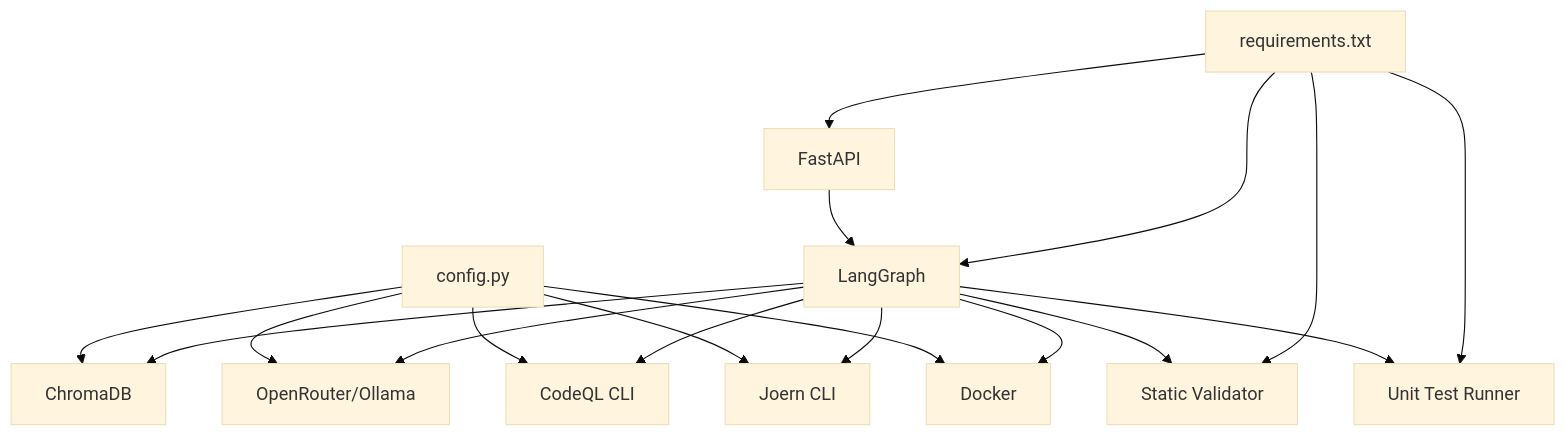
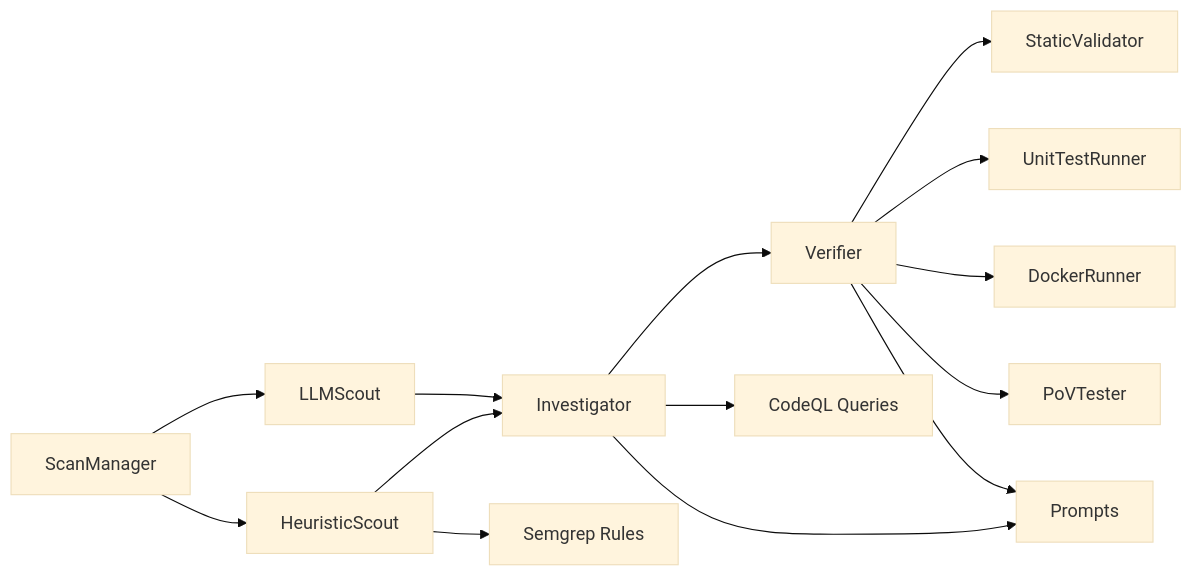
Before and after one commit to keysight-anya/AutoPoV: the fifth of 5 diagrams in .qoder/repowiki/en/content/Vulnerability Detection/Vulnerability Detection.md, drawn with Mermaid (base theme). The commit also changed other lines of this file and 218 other files, not shown here.

````diff
--- a/.qoder/repowiki/en/content/Vulnerability Detection/Vulnerability Detection.md
+++ b/.qoder/repowiki/en/content/Vulnerability Detection/Vulnerability Detection.md
@@ -533,31 +368,16 @@
 ```mermaid
-graph TB
-CFG["config.py"]
-REQ["requirements.txt"]
-LLM["OpenRouter/Ollama"]
-VDB["ChromaDB"]
-CODEQL["CodeQL CLI"]
-JOERN["Joern CLI"]
-DOCK["Docker"]
-API["FastAPI"]
-LG["LangGraph"]
-SV["Static Validator"]
-UTR["Unit Test Runner"]
-CFG --> LLM
-CFG --> VDB
-CFG --> CODEQL
-CFG --> JOERN
-CFG --> DOCK
-API --> LG
-LG --> VDB
-LG --> LLM
-LG --> CODEQL
-LG --> JOERN
-LG --> DOCK
-LG --> SV
-LG --> UTR
-REQ --> API
-REQ --> LG
-REQ --> SV
-REQ --> UTR
+graph LR
+SMGR["ScanManager"] --> HS["HeuristicScout"]
+SMGR --> LLS["LLMScout"]
+HS --> INV["Investigator"]
+LLS --> INV
+INV --> VER["Verifier"]
+VER --> SV["StaticValidator"]
+VER --> UTR["UnitTestRunner"]
+VER --> DCK["DockerRunner"]
+VER --> PVT["PoVTester"]
+INV --> CQ["CodeQL Queries"]
+HS --> SM["Semgrep Rules"]
+INV --> PROM["Prompts"]
+VER --> PROM
 ```
````
